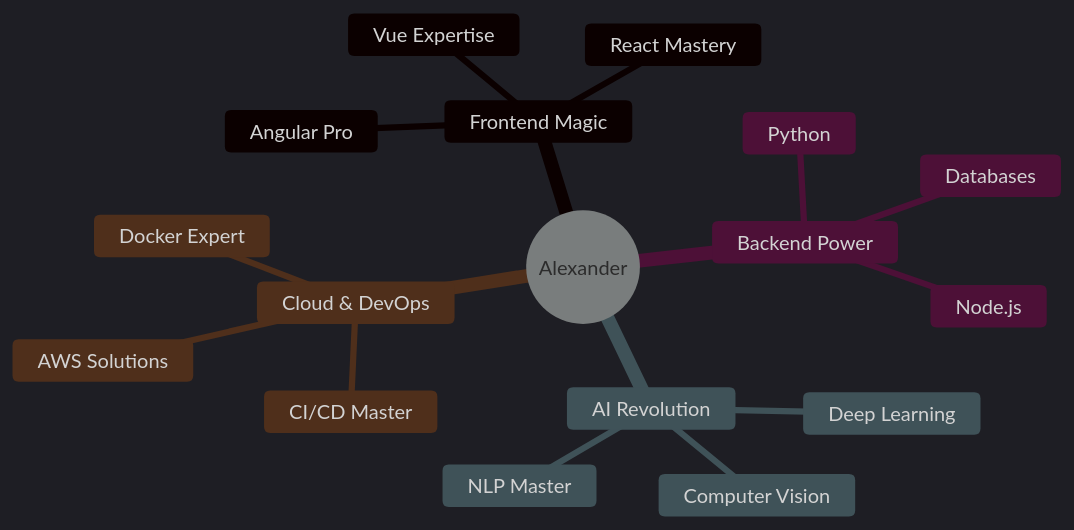
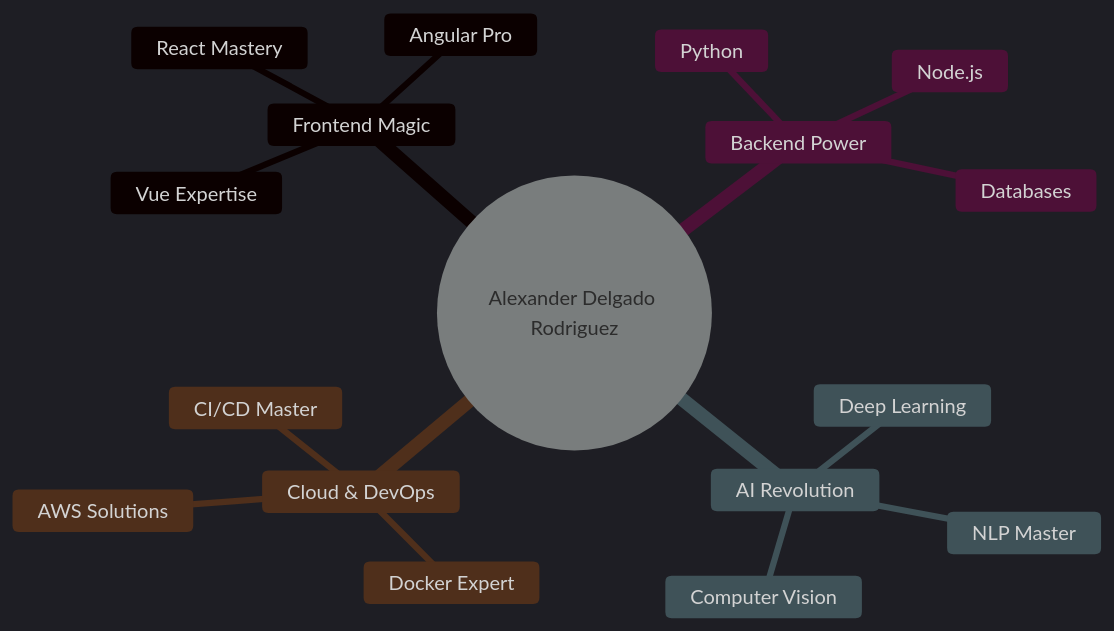
One commit to Alexander2301T/Alexander2301T changed the diagram in README.md. Above: the diagram before and after it, drawn with Mermaid. The commit also changed other lines of this file, not shown here.

````diff
--- a/README.md
+++ b/README.md
@@ -37,21 +37,21 @@
 ```mermaid
 %%{init: { 'theme': 'dark' } }%%
 mindmap
-  root((Alexander))
+  root((Alexander Delgado Rodriguez))
     Frontend Magic
       React Mastery
       Vue Expertise
       Angular Pro
     Backend Power
       Node.js
       Python
       Databases
     AI Revolution
       Deep Learning
       Computer Vision
       NLP Master
     Cloud & DevOps
       AWS Solutions
       Docker Expert
       CI/CD Master
 ```
````
